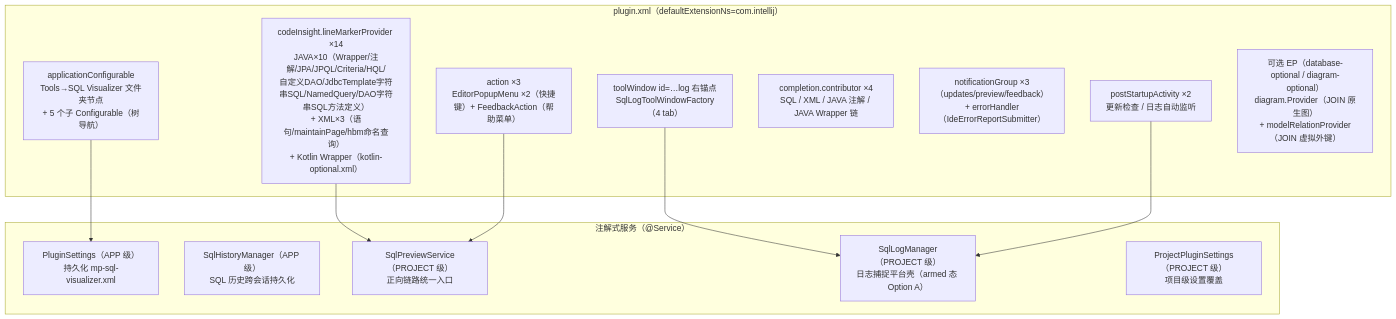
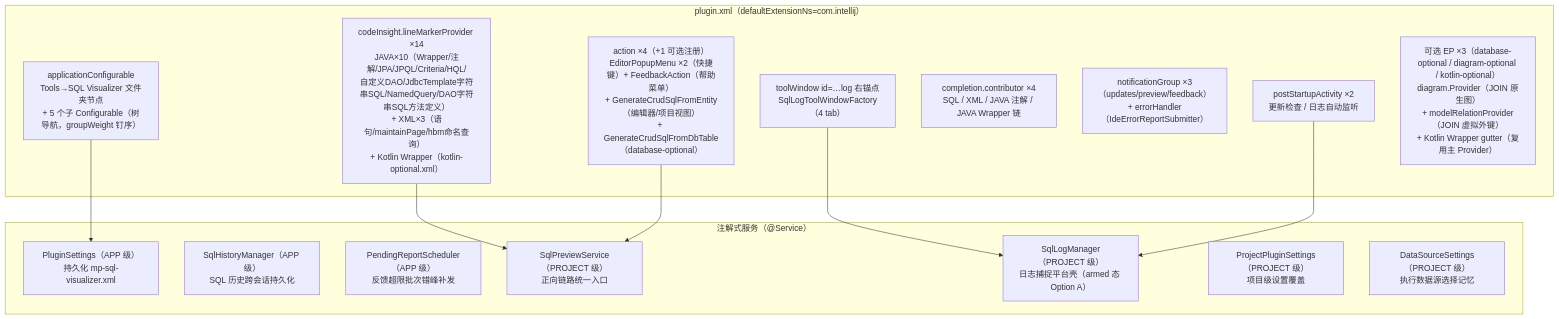
The fourth of 5 diagrams in docs/架构设计/01-项目架构总览.md (JayF211/mybatis-plus-sql-visualizer), drawn with Mermaid before and after one commit. The commit also changed other lines of this file and 3 other files, not shown here.

````diff
--- a/docs/架构设计/01-项目架构总览.md
+++ b/docs/架构设计/01-项目架构总览.md
@@ -225,25 +236,27 @@
 ```mermaid
 flowchart TD
     subgraph XML["plugin.xml（defaultExtensionNs=com.intellij）"]
-        X1["applicationConfigurable<br/>Tools→SQL Visualizer 文件夹节点<br/>+ 5 个子 Configurable（树导航）"]
+        X1["applicationConfigurable<br/>Tools→SQL Visualizer 文件夹节点<br/>+ 5 个子 Configurable（树导航，groupWeight 钉序）"]
         X2["codeInsight.lineMarkerProvider ×14<br/>JAVA×10（Wrapper/注解/JPA/JPQL/Criteria/HQL/<br/>自定义DAO/JdbcTemplate字符串SQL/NamedQuery/DAO字符串SQL方法定义）<br/>+ XML×3（语句/maintainPage/hbm命名查询）<br/>+ Kotlin Wrapper（kotlin-optional.xml）"]
         X3["toolWindow id=…log 右锚点<br/>SqlLogToolWindowFactory（4 tab）"]
         X4["postStartupActivity ×2<br/>更新检查 / 日志自动监听"]
         X5["completion.contributor ×4<br/>SQL / XML / JAVA 注解 / JAVA Wrapper 链"]
         X6["notificationGroup ×3（updates/preview/feedback）<br/>+ errorHandler（IdeErrorReportSubmitter）"]
-        X7["action ×3<br/>EditorPopupMenu ×2（快捷键）+ FeedbackAction（帮助菜单）"]
-        X8["可选 EP（database-optional / diagram-optional）<br/>diagram.Provider（JOIN 原生图）<br/>+ modelRelationProvider（JOIN 虚拟外键）"]
+        X7["action ×4（+1 可选注册）<br/>EditorPopupMenu ×2（快捷键）+ FeedbackAction（帮助菜单）<br/>+ GenerateCrudSqlFromEntity（编辑器/项目视图）<br/>+ GenerateCrudSqlFromDbTable（database-optional）"]
+        X8["可选 EP ×3（database-optional / diagram-optional / kotlin-optional）<br/>diagram.Provider（JOIN 原生图）<br/>+ modelRelationProvider（JOIN 虚拟外键）<br/>+ Kotlin Wrapper gutter（复用主 Provider）"]
     end
     subgraph ANNO["注解式服务（@Service）"]
         Y1["PluginSettings（APP 级）<br/>持久化 mp-sql-visualizer.xml"]
         Y1b["SqlHistoryManager（APP 级）<br/>SQL 历史跨会话持久化"]
+        Y1c["PendingReportScheduler（APP 级）<br/>反馈超限批次错峰补发"]
         Y2["SqlPreviewService（PROJECT 级）<br/>正向链路统一入口"]
         Y3["SqlLogManager（PROJECT 级）<br/>日志捕捉平台壳（armed 态 Option A）"]
         Y4["ProjectPluginSettings（PROJECT 级）<br/>项目级设置覆盖"]
+        Y5["DataSourceSettings（PROJECT 级）<br/>执行数据源选择记忆"]
     end
     X1 --> Y1
     X2 --> Y2
     X3 --> Y3
     X4 --> Y3
     X7 --> Y2
 ```
````
